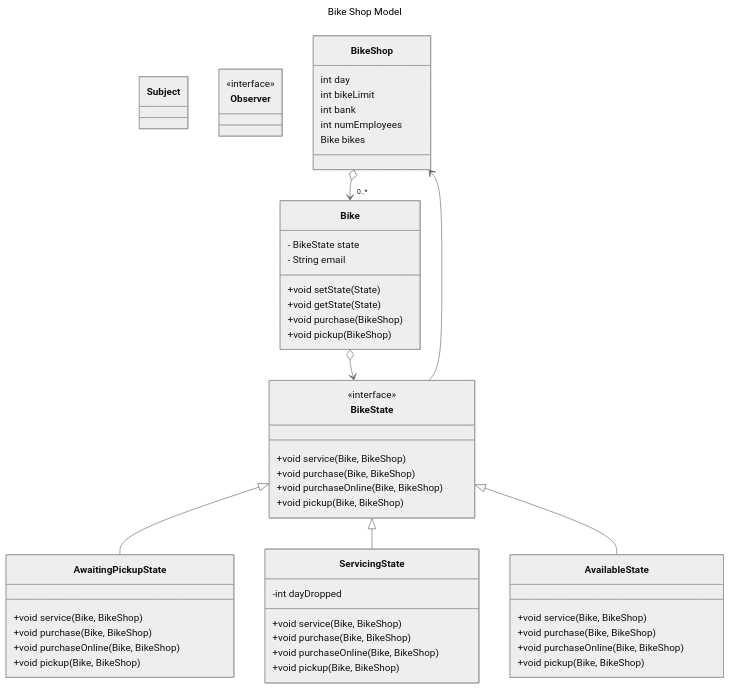
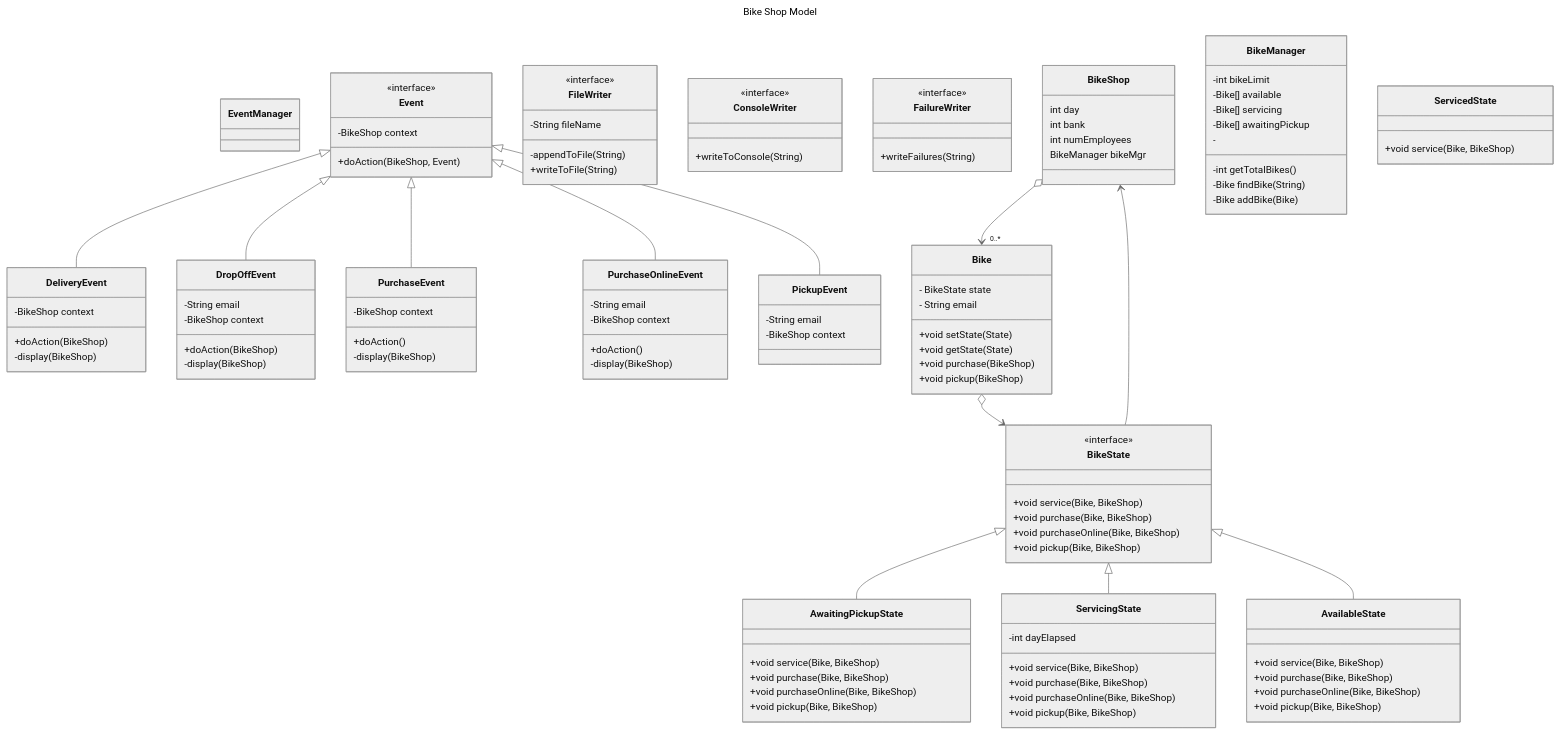
One commit to JoeJoe-C/oose_2 changed the fifth of 5 diagrams in docs/readMe.md. Above: the diagram before and after it, drawn with Mermaid (neutral theme). The commit also changed other lines of this file, not shown here.

First line of the commit message:
Added Bike and BikeManager Logic

```diff
--- a/docs/readMe.md
+++ b/docs/readMe.md
@@ -197,18 +380,86 @@
 title: Bike Shop Model
 ---
 classDiagram
-    class Subject {
+    class EventManager {
+        
+    }
+    class Event {
+        <<interface>>
+        -BikeShop context
+        +doAction(BikeShop, Event)
     }
 
-    class Observer {
+    class FileWriter {
         <<interface>>
+        -String fileName
+        -appendToFile(String)
+        +writeToFile(String)
+    
     }
+    
+    class ConsoleWriter {
+        <<interface>>
+        +writeToConsole(String)
+    }
+    
+    class FailureWriter {
+        <<interface>>
+        +writeFailures(String)
+    }
+
+    class DeliveryEvent {
+        -BikeShop context
+        +doAction(BikeShop)
+        -display(BikeShop)
+    }
+
+    class DropOffEvent {
+        -String email
+        -BikeShop context
+        +doAction(BikeShop)
+        -display(BikeShop)
+    }
+    
+    class PurchaseEvent {
+        -BikeShop context
+        +doAction()
+        -display(BikeShop)
+    }
+
+    class PurchaseOnlineEvent {
+        -String email
+        -BikeShop context
+        +doAction()
+        -display(BikeShop)
+    }
+    
+    class PickupEvent {
+        -String email
+        -BikeShop context
+    }
+
+Event <|-- PurchaseEvent
+Event <|-- DeliveryEvent
+Event <|-- DropOffEvent
+Event <|-- PurchaseOnlineEvent
+Event <|-- PickupEvent
+
     class BikeShop {
         int day
-        int bikeLimit
         int bank
         int numEmployees
-        Bike bikes
+        BikeManager bikeMgr
+    }
+
+    class BikeManager {
+        -int bikeLimit
+        -Bike[] available
+        -Bike[] servicing
+        -Bike[] awaitingPickup
+        -int getTotalBikes()
+        -Bike findBike(String)
+        -Bike addBike(Bike)
+        -
     }
     class Bike {
         - BikeState state
@@ -235,11 +486,15 @@
     }
     
     class ServicingState {
-        -int dayDropped
+        -int dayElapsed
         +void service(Bike, BikeShop)
         +void purchase(Bike, BikeShop)
         +void purchaseOnline(Bike, BikeShop)
         +void pickup(Bike, BikeShop)
+    }
+
+    class ServicedState {
+        +void service(Bike, BikeShop)
     }
     
     class AvailableState {
```
